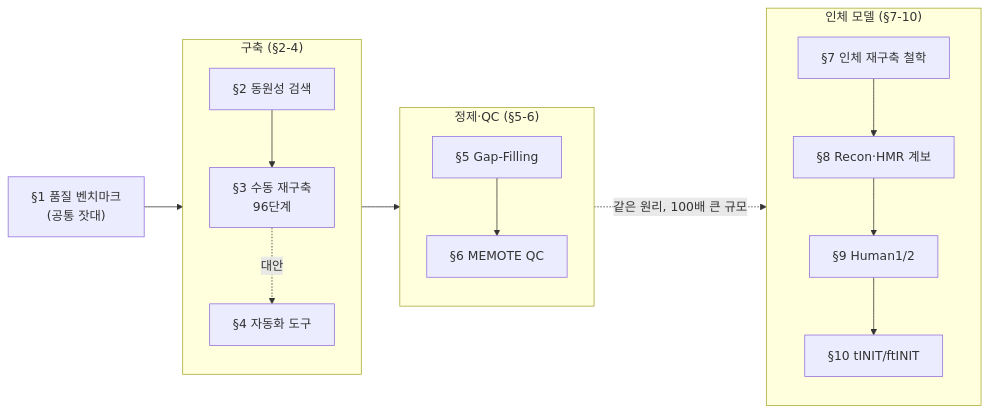
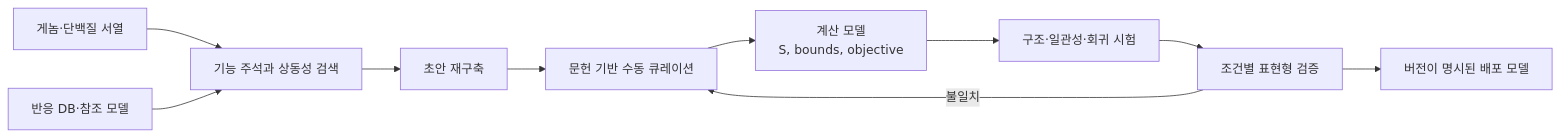
One commit to jyryu3161/ebook_metabolic_modeling changed the diagram in chapter-5/README.md. Above: the diagram before and after it, drawn with Mermaid. The commit also changed other lines of this file and 92 other files, not shown here.

````diff
--- a/chapter-5/README.md
+++ b/chapter-5/README.md
@@ -29,18 +9,12 @@
 ```mermaid
 flowchart LR
-    subgraph A["구축 (§2-4)"]
-        S2["§2 동원성 검색"] --> S3["§3 수동 재구축<br/>96단계"]
-        S3 -.대안.-> S4["§4 자동화 도구"]
-    end
-    subgraph B["정제·QC (§5-6)"]
-        S5["§5 Gap-Filling"] --> S6["§6 MEMOTE QC"]
-    end
-    subgraph C["인체 모델 (§7-10)"]
-        S7["§7 인체 재구축 철학"] --> S8["§8 Recon·HMR 계보"]
-        S8 --> S9["§9 Human1/2"]
-        S9 --> S10["§10 tINIT/ftINIT"]
-    end
-    S1["§1 품질 벤치마크<br/>(공통 잣대)"] --> A
-    A --> B
-    B -.같은 원리, 100배 큰 규모.-> C
+    G["게놈·단백질 서열"] --> A["기능 주석과 상동성 검색"]
+    D["반응 DB·참조 모델"] --> A
+    A --> R["초안 재구축"]
+    R --> C["문헌 기반 수동 큐레이션"]
+    C --> M["계산 모델<br/>S, bounds, objective"]
+    M --> Q["구조·일관성·회귀 시험"]
+    Q --> P["조건별 표현형 검증"]
+    P -->|불일치| C
+    P --> V["버전이 명시된 배포 모델"]
 ```
````
